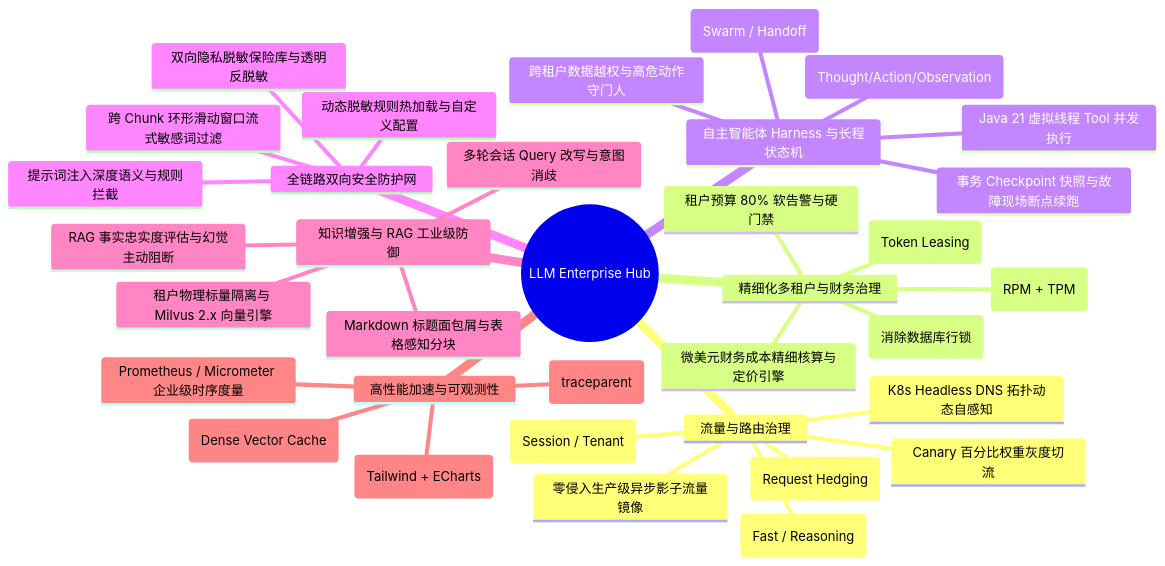
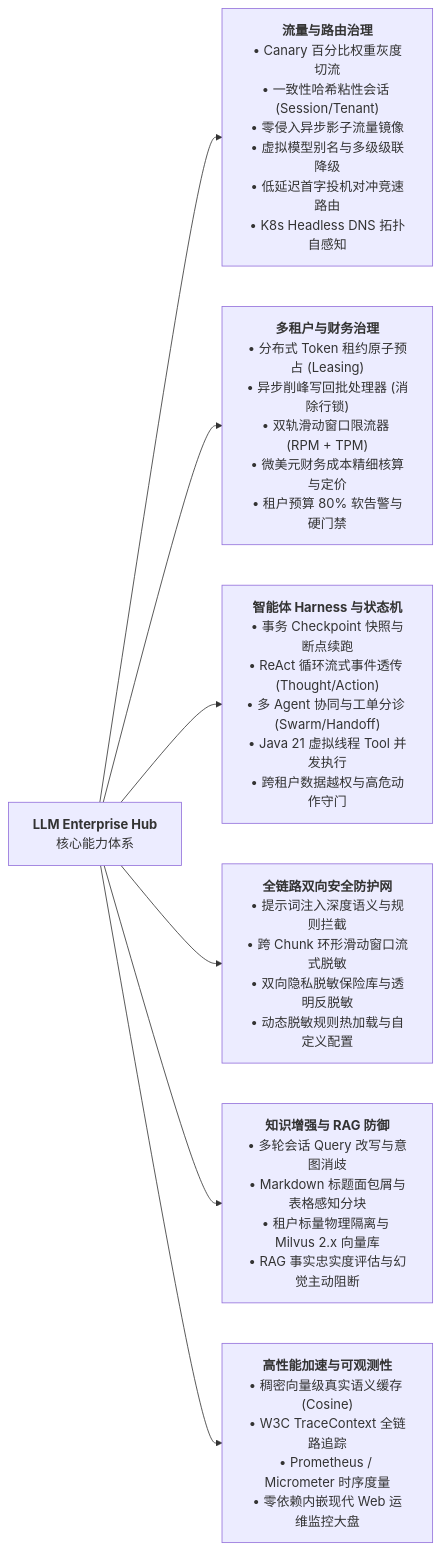
One commit to u8u7u87/llm-enterprise-hub changed the second of 2 diagrams in README.md. Above: the diagram before and after it, drawn with Mermaid. The commit also changed other lines of this file and 3 other files, not shown here.

Commit message:
fix(docs): resolve Unable to render rich display error by standardizing all Mermaid diagrams to robust node-based flowcharts and sequence diagrams

````diff
--- a/README.md
+++ b/README.md
@@ -119,38 +127,18 @@
 ```mermaid
-mindmap
-  root((LLM Enterprise Hub))
-    流量与路由治理
-      Canary 百分比权重灰度切流
-      一致性哈希粘性会话 (Session / Tenant)
-      零侵入生产级异步影子流量镜像
-      虚拟模型别名与多级级联降级 (Fast / Reasoning)
-      低延迟首字投机对冲竞速路由 (Request Hedging)
-      K8s Headless DNS 拓扑动态自感知
-    精细化多租户与财务治理
-      分布式 Token 租约原子预占 (Token Leasing)
-      异步削峰写回批处理器 (消除数据库行锁)
-      双轨滑动窗口限流器 (RPM + TPM)
-      微美元财务成本精细核算与定价引擎
-      租户预算 80% 软告警与硬门禁
-    自主智能体 Harness 与长程状态机
-      事务 Checkpoint 快照与故障现场断点续跑
-      ReAct 循环流式事件透传 (Thought/Action/Observation)
-      多 Agent 协同工作流与工单分诊 (Swarm / Handoff)
-      Java 21 虚拟线程 Tool 并发执行
-      跨租户数据越权与高危动作守门人
-    全链路双向安全防护网
-      提示词注入深度语义与规则拦截
-      跨 Chunk 环形滑动窗口流式敏感词过滤
-      双向隐私脱敏保险库与透明反脱敏
-      动态脱敏规则热加载与自定义配置
-    知识增强与 RAG 工业级防御
-      多轮会话 Query 改写与意图消歧
-      Markdown 标题面包屑与表格感知分块
-      租户物理标量隔离与 Milvus 2.x 向量引擎
-      RAG 事实忠实度评估与幻觉主动阻断
-    高性能加速与可观测性
-      稠密向量级真实语义缓存 (Dense Vector Cache)
-      W3C TraceContext 全链路追踪 (traceparent)
-      Prometheus / Micrometer 企业级时序度量
-      零依赖内嵌现代 Web 运维监控大盘 (Tailwind + ECharts)
+flowchart LR
+    Hub["<b>LLM Enterprise Hub</b><br>核心能力体系"]
+
+    N1["<b>流量与路由治理</b><br>• Canary 百分比权重灰度切流<br>• 一致性哈希粘性会话 (Session/Tenant)<br>• 零侵入异步影子流量镜像<br>• 虚拟模型别名与多级级联降级<br>• 低延迟首字投机对冲竞速路由<br>• K8s Headless DNS 拓扑自感知"]
+    N2["<b>多租户与财务治理</b><br>• 分布式 Token 租约原子预占 (Leasing)<br>• 异步削峰写回批处理器 (消除行锁)<br>• 双轨滑动窗口限流器 (RPM + TPM)<br>• 微美元财务成本精细核算与定价<br>• 租户预算 80% 软告警与硬门禁"]
+    N3["<b>智能体 Harness 与状态机</b><br>• 事务 Checkpoint 快照与断点续跑<br>• ReAct 循环流式事件透传 (Thought/Action)<br>• 多 Agent 协同与工单分诊 (Swarm/Handoff)<br>• Java 21 虚拟线程 Tool 并发执行<br>• 跨租户数据越权与高危动作守门"]
+    N4["<b>全链路双向安全防护网</b><br>• 提示词注入深度语义与规则拦截<br>• 跨 Chunk 环形滑动窗口流式脱敏<br>• 双向隐私脱敏保险库与透明反脱敏<br>• 动态脱敏规则热加载与自定义配置"]
+    N5["<b>知识增强与 RAG 防御</b><br>• 多轮会话 Query 改写与意图消歧<br>• Markdown 标题面包屑与表格感知分块<br>• 租户标量物理隔离与 Milvus 2.x 向量库<br>• RAG 事实忠实度评估与幻觉主动阻断"]
+    N6["<b>高性能加速与可观测性</b><br>• 稠密向量级真实语义缓存 (Cosine)<br>• W3C TraceContext 全链路追踪<br>• Prometheus / Micrometer 时序度量<br>• 零依赖内嵌现代 Web 运维监控大盘"]
+
+    Hub --> N1
+    Hub --> N2
+    Hub --> N3
+    Hub --> N4
+    Hub --> N5
+    Hub --> N6
 ```
````
